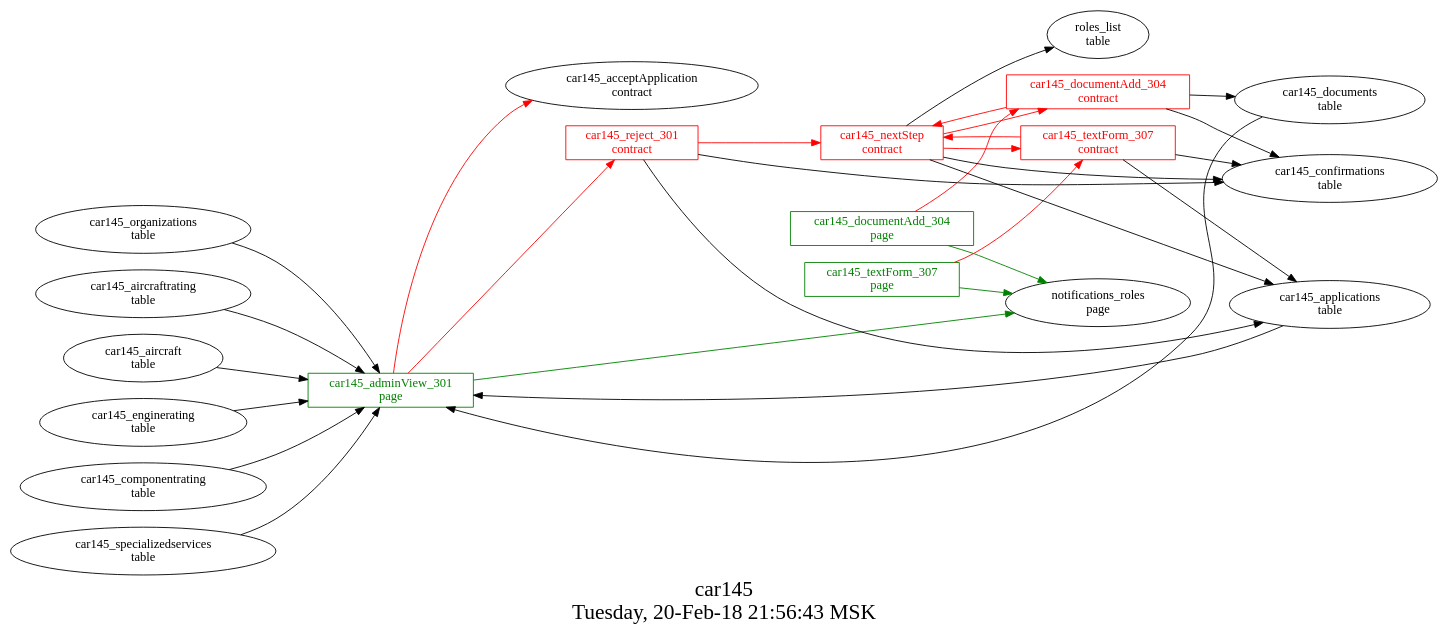
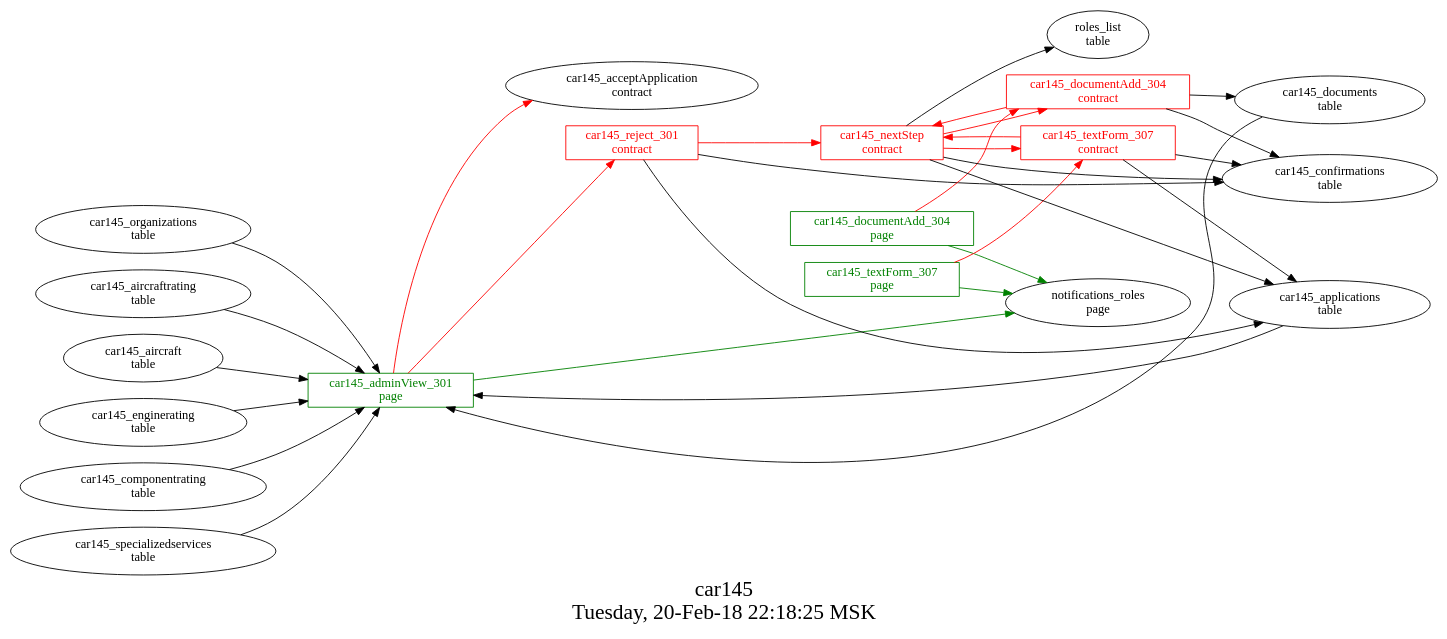
One commit to AlexZeDim/apps changed the diagram in src/car145/struct.dot. Above: the diagram before and after it, drawn with Graphviz. The commit also changed 1 other file, not shown here.

```diff
--- a/src/car145/struct.dot
+++ b/src/car145/struct.dot
@@ -1,44 +1,44 @@
 digraph G {
 fontsize="24.0";
-label="car145\nTuesday, 20-Feb-18 21:56:43 MSK";
+label="car145\nTuesday, 20-Feb-18 22:18:25 MSK";
 nojustify=true;
 ordering=out;
 rankdir=LR;
 size="30";
 "car145_adminView_301\npage" -> "car145_acceptApplication\ncontract"  [ color=red ]
 "car145_adminView_301\npage" -> "car145_reject_301\ncontract"  [ color=red ]
 "car145_applications\ntable" -> "car145_adminView_301\npage"  [ color="" ]
 "car145_organizations\ntable" -> "car145_adminView_301\npage"  [ color="" ]
 "car145_aircraftrating\ntable" -> "car145_adminView_301\npage"  [ color="" ]
 "car145_aircraft\ntable" -> "car145_adminView_301\npage"  [ color="" ]
 "car145_enginerating\ntable" -> "car145_adminView_301\npage"  [ color="" ]
 "car145_componentrating\ntable" -> "car145_adminView_301\npage"  [ color="" ]
 "car145_specializedservices\ntable" -> "car145_adminView_301\npage"  [ color="" ]
 "car145_documents\ntable" -> "car145_adminView_301\npage"  [ color="" ]
 "car145_adminView_301\npage" -> "notifications_roles\npage"  [ color=green ]
 "car145_adminView_301\npage" [color=green, fontcolor=green, group=pages, shape=record];
 "car145_documentAdd_304\npage" -> "car145_documentAdd_304\ncontract"  [ color=red ]
 "car145_documentAdd_304\npage" -> "notifications_roles\npage"  [ color=green ]
 "car145_documentAdd_304\npage" [color=green, fontcolor=green, group=pages, shape=record];
 "car145_textForm_307\npage" -> "car145_textForm_307\ncontract"  [ color=red ]
 "car145_textForm_307\npage" -> "notifications_roles\npage"  [ color=green ]
 "car145_textForm_307\npage" [color=green, fontcolor=green, group=pages, shape=record];
 "car145_documentAdd_304\ncontract" -> "car145_nextStep\ncontract"  [ color=red ]
 "car145_documentAdd_304\ncontract" -> "car145_documents\ntable"  [ color="" ]
 "car145_documentAdd_304\ncontract" -> "car145_confirmations\ntable"  [ color="" ]
 "car145_documentAdd_304\ncontract" [color=red, fontcolor=red, group=contracts, shape=record];
 "car145_nextStep\ncontract" -> "car145_documentAdd_304\ncontract"  [ color=red ]
 "car145_nextStep\ncontract" -> "car145_textForm_307\ncontract"  [ color=red ]
 "car145_nextStep\ncontract" -> "car145_confirmations\ntable"  [ color="" ]
 "car145_nextStep\ncontract" -> "roles_list\ntable"  [ color="" ]
 "car145_nextStep\ncontract" -> "car145_applications\ntable"  [ color="" ]
 "car145_nextStep\ncontract" [color=red, fontcolor=red, group=contracts, shape=record];
 "car145_reject_301\ncontract" -> "car145_nextStep\ncontract"  [ color=red ]
 "car145_reject_301\ncontract" -> "car145_confirmations\ntable"  [ color="" ]
 "car145_reject_301\ncontract" -> "car145_applications\ntable"  [ color="" ]
 "car145_reject_301\ncontract" [color=red, fontcolor=red, group=contracts, shape=record];
 "car145_textForm_307\ncontract" -> "car145_nextStep\ncontract"  [ color=red ]
 "car145_textForm_307\ncontract" -> "car145_confirmations\ntable"  [ color="" ]
 "car145_textForm_307\ncontract" -> "car145_applications\ntable"  [ color="" ]
 "car145_textForm_307\ncontract" [color=red, fontcolor=red, group=contracts, shape=record];
 }
```
